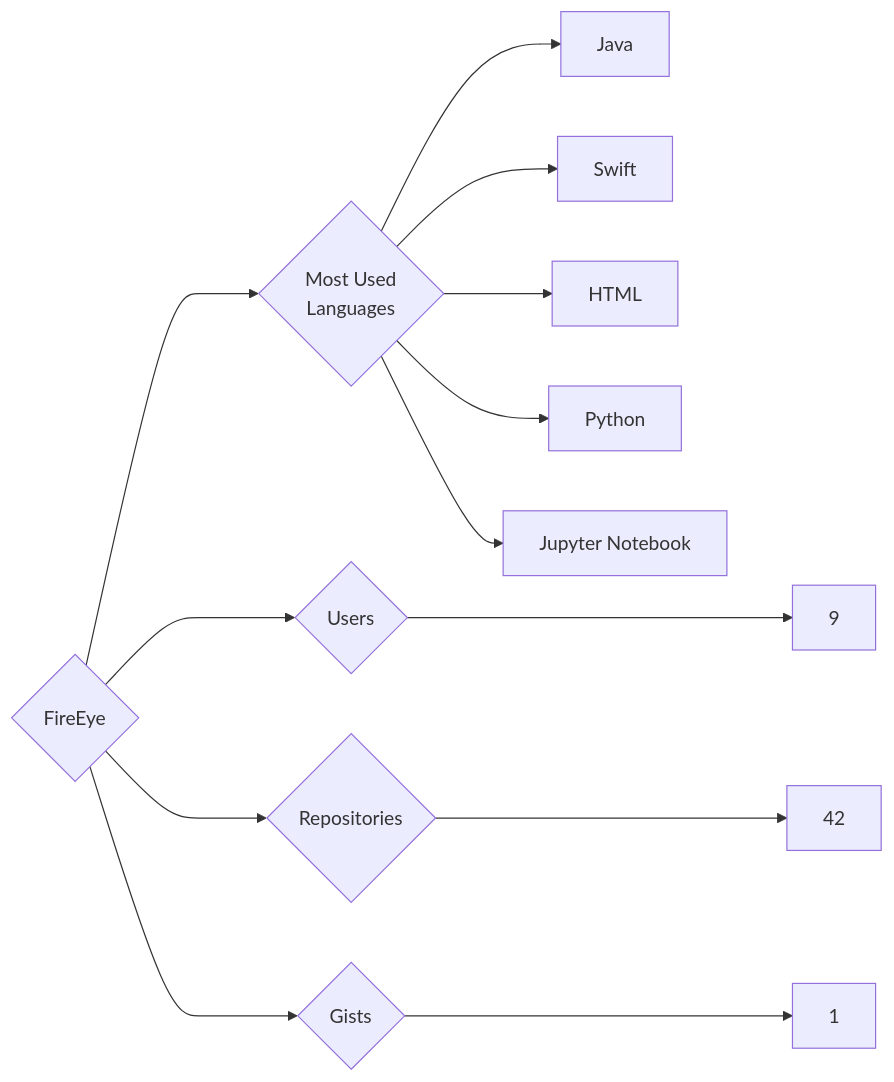
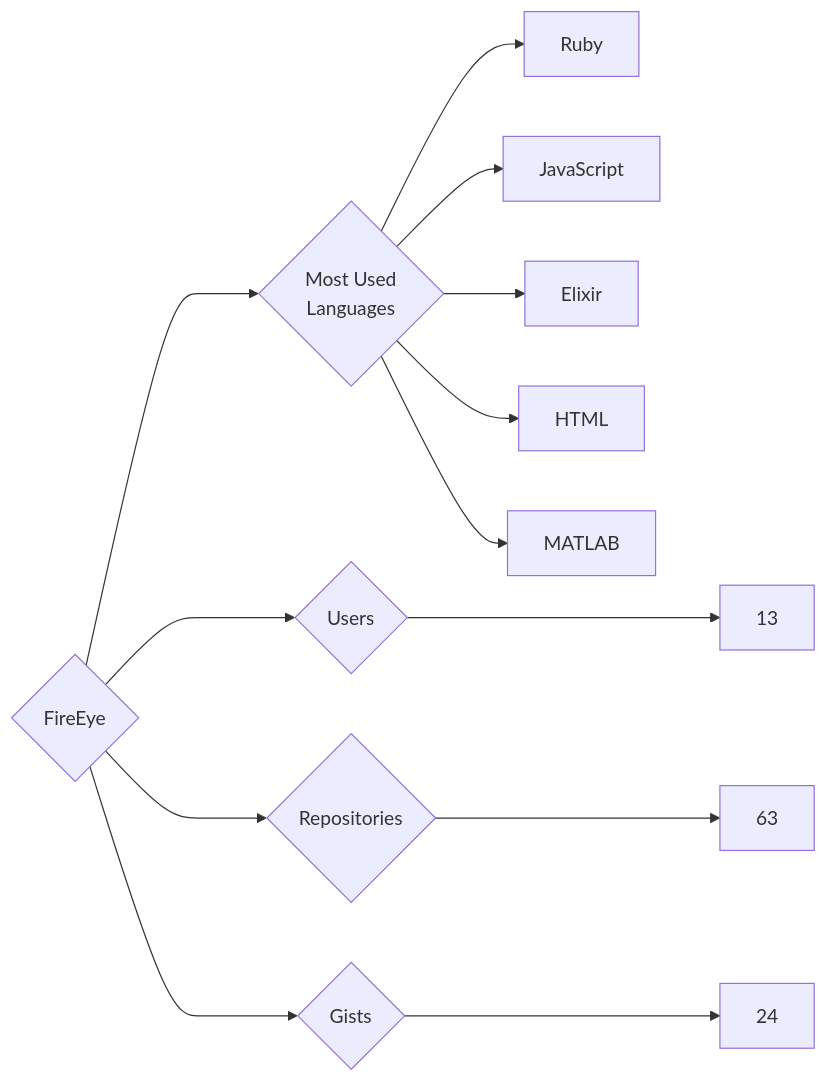
One commit to trickest/insiders changed the diagram in targets/FireEye/README.md. Above: the diagram before and after it, drawn with Mermaid. The commit also changed 639 other files, not shown here.

````diff
--- a/targets/FireEye/README.md
+++ b/targets/FireEye/README.md
@@ -3,13 +3,13 @@
 ```mermaid
 graph LR
 COMPANY_NAME{FireEye}
-COMPANY_NAME ---> U{Users} ---> UN[9]
-COMPANY_NAME ---> R{Repositories} ---> RN[42]
-COMPANY_NAME ---> G{Gists} ---> GN[1]
+COMPANY_NAME ---> U{Users} ---> UN[13]
+COMPANY_NAME ---> R{Repositories} ---> RN[63]
+COMPANY_NAME ---> G{Gists} ---> GN[24]
 COMPANY_NAME ---> ML{Most Used<br>Languages}
-ML --> Java[Java]
-ML --> Swift[Swift]
+ML --> Ruby[Ruby]
+ML --> JavaScript[JavaScript]
+ML --> Elixir[Elixir]
 ML --> HTML[HTML]
-ML --> Python[Python]
-ML --> Jupyter_Notebook[Jupyter Notebook]
+ML --> MATLAB[MATLAB]
 ```
````
